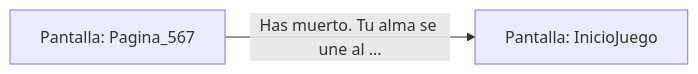
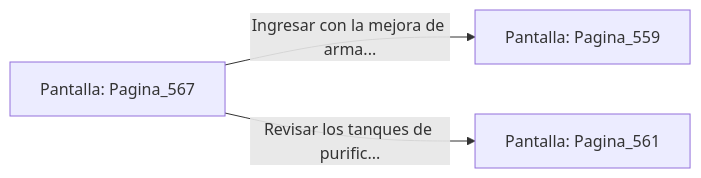
The diagram in sample/eligejuego-vault/Pantalla_Pagina_567.md (metsuke/mpl), drawn with Mermaid before and after one commit. The commit also changed other lines of this file and 635 other files, not shown here.

First line of the commit message:
fix: añadir Pagina_1 como pantalla inicial en capitulo_01.mpl

````diff
--- a/sample/eligejuego-vault/Pantalla_Pagina_567.md
+++ b/sample/eligejuego-vault/Pantalla_Pagina_567.md
@@ -17,5 +24,6 @@
 ```mermaid
 graph LR
     P_Pagina_567["Pantalla: Pagina_567"]
-    P_Pagina_567 -->|"Has muerto. Tu alma se une al ..."| P_InicioJuego["Pantalla: InicioJuego"]
+    P_Pagina_567 -->|"Ingresar con la mejora de arma..."| P_Pagina_559["Pantalla: Pagina_559"]
+    P_Pagina_567 -->|"Revisar los tanques de purific..."| P_Pagina_561["Pantalla: Pagina_561"]
 ```
````
